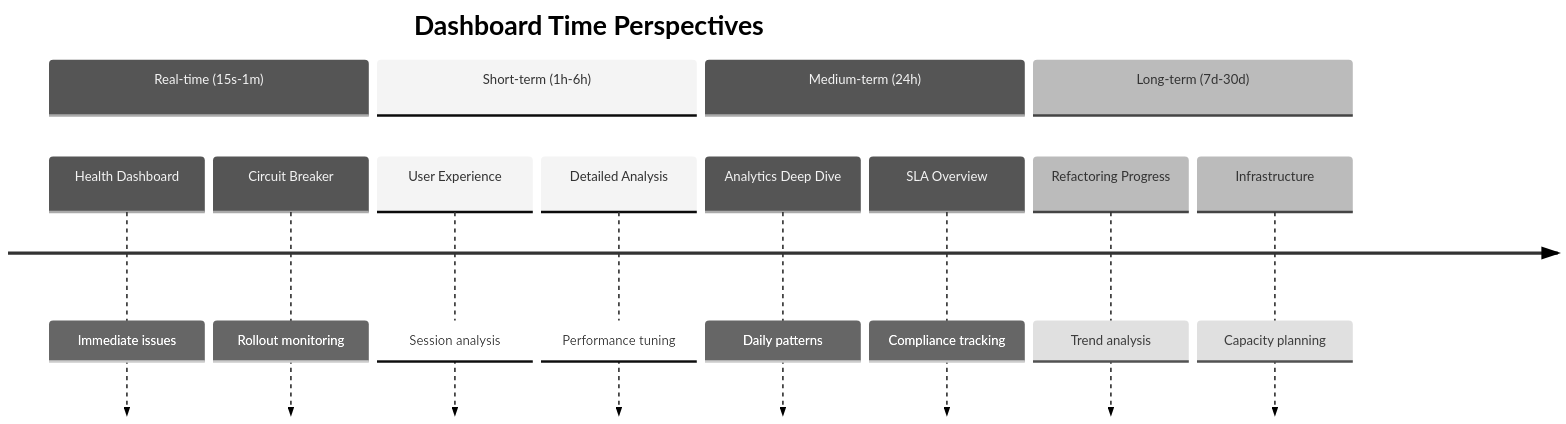
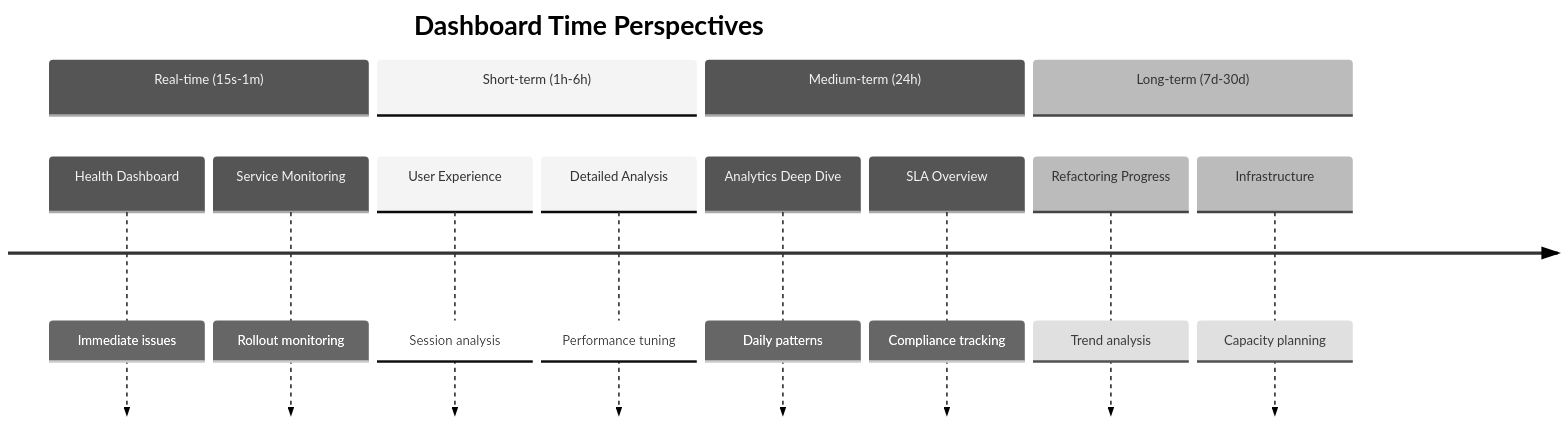
Diagram 13 of 25 in GRAFANA.md (gsinghjay/mvp_qr_gen), drawn with Mermaid (neutral theme) before and after one commit. The commit also changed other lines of this file and 2 other files, not shown here.

````diff
--- a/GRAFANA.md
+++ b/GRAFANA.md
@@ -400,20 +471,20 @@
 ```mermaid
 timeline
     title Dashboard Time Perspectives
     
     section Real-time (15s-1m)
         Health Dashboard     : Immediate issues
-        Circuit Breaker      : Rollout monitoring
+        Service Monitoring   : Rollout monitoring
         
     section Short-term (1h-6h)
         User Experience      : Session analysis
         Detailed Analysis    : Performance tuning
         
     section Medium-term (24h)
         Analytics Deep Dive  : Daily patterns
         SLA Overview        : Compliance tracking
         
     section Long-term (7d-30d)
         Refactoring Progress : Trend analysis
         Infrastructure      : Capacity planning
 ```
````
